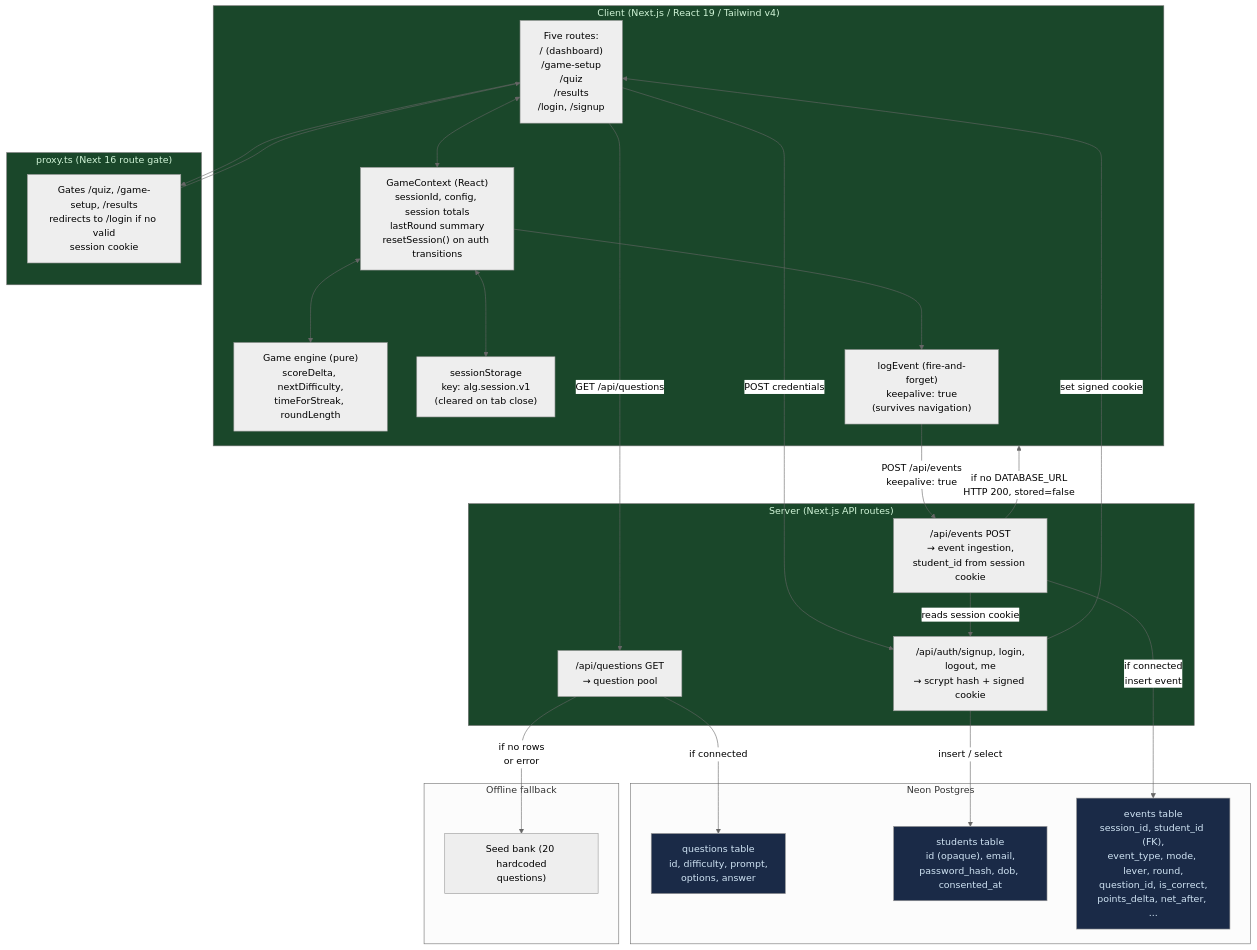
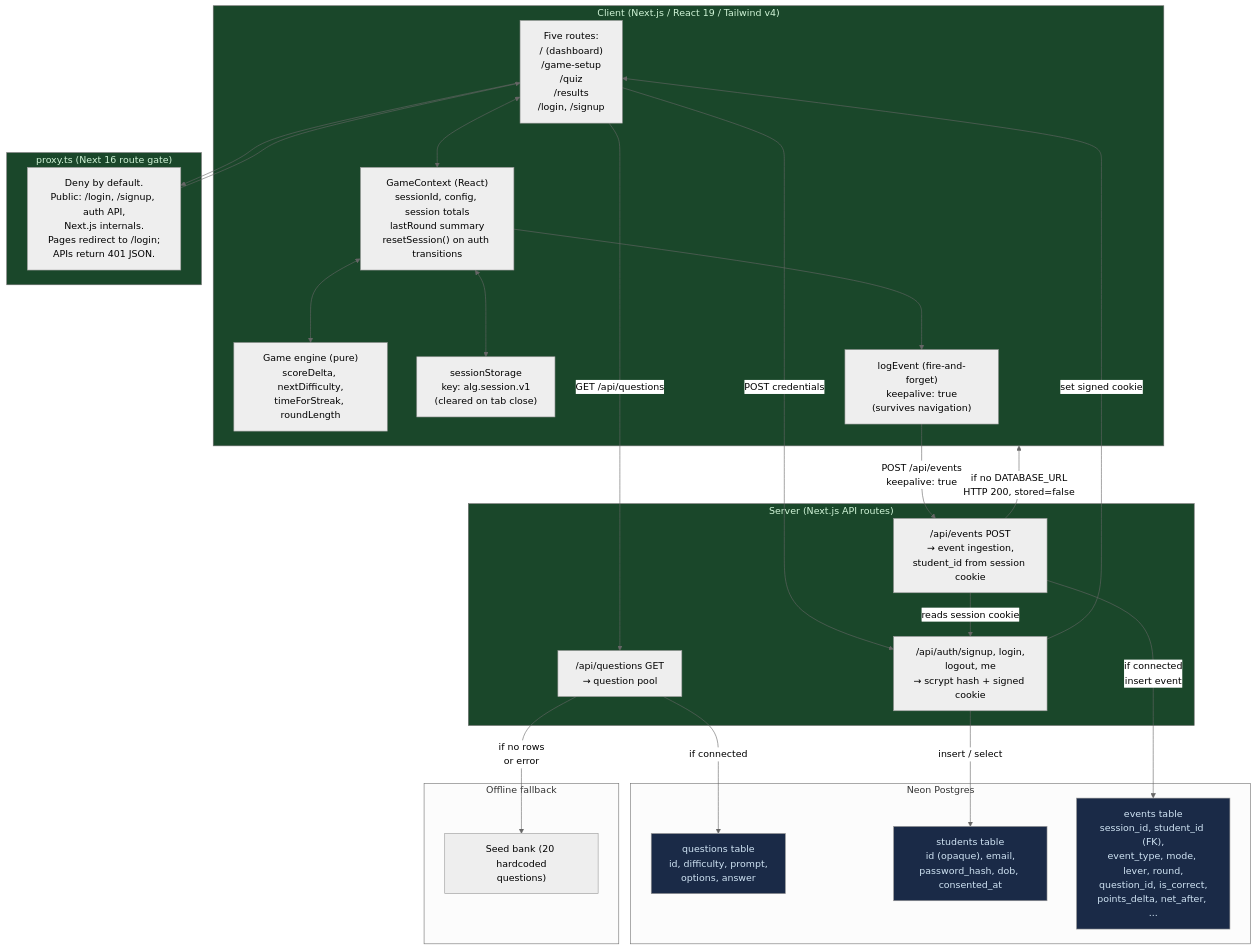
Before and after one commit to sumeet96/gamification-platform: the diagram in docs/architecture/2026-07-28_architecture-as-built.md, drawn with Mermaid (neutral theme). The commit also changed other lines of this file and 13 other files, not shown here.

````diff
--- a/docs/architecture/2026-07-28_architecture-as-built.md
+++ b/docs/architecture/2026-07-28_architecture-as-built.md
@@ -27,55 +27,55 @@
 ```mermaid
 graph TB
     subgraph Client["Client (Next.js / React 19 / Tailwind v4)"]
         Router["Five routes:<br/>/ (dashboard)<br/>/game-setup<br/>/quiz<br/>/results<br/>/login, /signup"]
         Context["GameContext (React)<br/>sessionId, config, session totals<br/>lastRound summary<br/>resetSession() on auth transitions"]
         Engine["Game engine (pure)<br/>scoreDelta, nextDifficulty,<br/>timeForStreak, roundLength"]
         Storage["sessionStorage<br/>key: alg.session.v1<br/>(cleared on tab close)"]
         Logger["logEvent (fire-and-forget)<br/>keepalive: true<br/>(survives navigation)"]
     end
 
     subgraph Gate["proxy.ts (Next 16 route gate)"]
-        Proxy["Gates /quiz, /game-setup, /results<br/>redirects to /login if no valid<br/>session cookie"]
+        Proxy["Deny by default.<br/>Public: /login, /signup, auth API,<br/>Next.js internals.<br/>Pages redirect to /login;<br/>APIs return 401 JSON."]
     end
 
     subgraph Server["Server (Next.js API routes)"]
         QAPI["/api/questions GET<br/>→ question pool"]
         EAPI["/api/events POST<br/>→ event ingestion,<br/>student_id from session cookie"]
         AuthAPI["/api/auth/signup, login,<br/>logout, me<br/>→ scrypt hash + signed cookie"]
     end
 
     subgraph DB["Neon Postgres"]
         QTable["questions table<br/>id, difficulty, prompt,<br/>options, answer"]
         STable["students table<br/>id (opaque), email,<br/>password_hash, dob, consented_at"]
         ETable["events table<br/>session_id, student_id (FK),<br/>event_type, mode, lever, round,<br/>question_id, is_correct,<br/>points_delta, net_after, ..."]
     end
 
     subgraph Fallback["Offline fallback"]
         Seed["Seed bank (20 hardcoded<br/>questions)"]
     end
 
     Router --> Proxy
     Proxy --> Router
     Router <--> Context
     Context <--> Engine
     Context <--> Storage
     Context --> Logger
     Router -->|POST credentials| AuthAPI
     AuthAPI -->|insert / select| STable
     AuthAPI -->|set signed cookie| Router
     Logger -->|POST /api/events<br/>keepalive: true| EAPI
     Router -->|GET /api/questions| QAPI
     QAPI -->|if connected| QTable
     QAPI -->|if no rows<br/>or error| Seed
     EAPI -->|reads session cookie| AuthAPI
     EAPI -->|if connected<br/>insert event| ETable
     EAPI -->|if no DATABASE_URL<br/>HTTP 200, stored=false| Client
     
     classDef built fill:#1a472a,color:#d0f4d7
     classDef shell fill:#472a1a,color:#f4d0d0
     classDef data fill:#1a2a47,color:#d0e4f4
     
     class Client,Server,Gate built
     class Seed fallback
     class QTable,ETable,STable data
 ```
````
